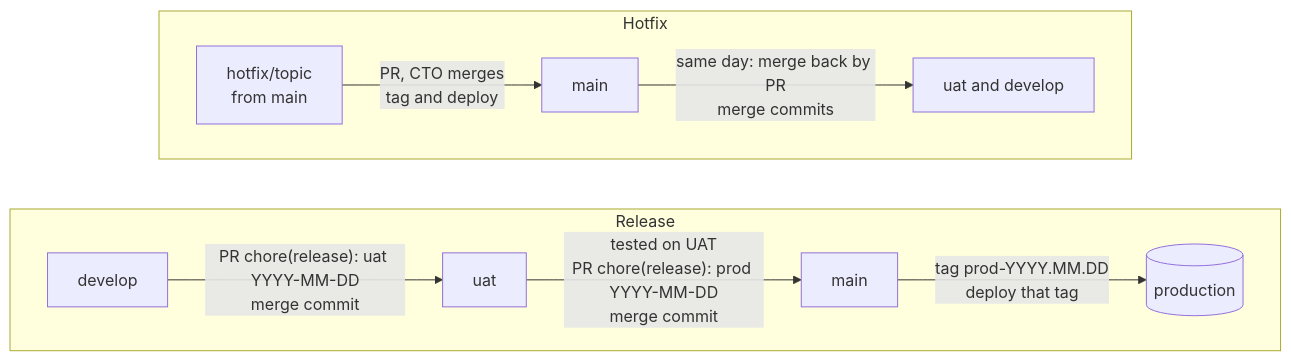
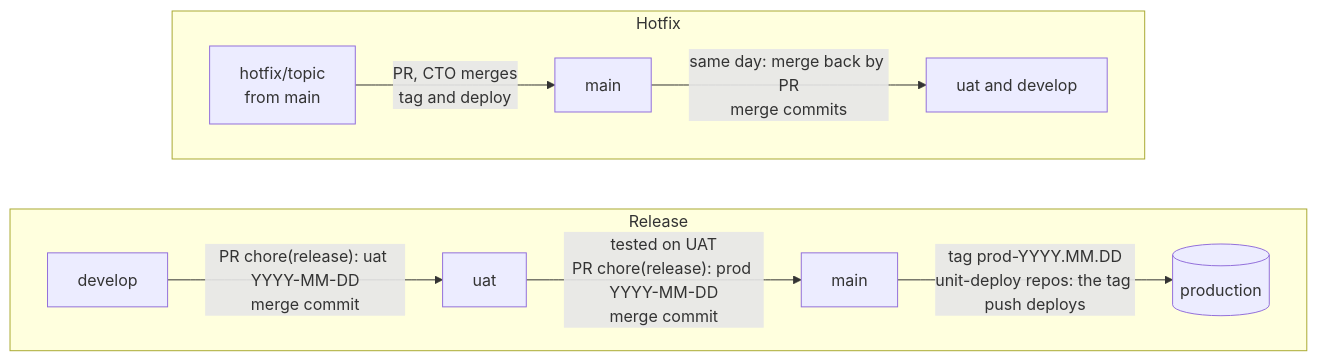
Before and after one commit to Jacob-Valor/paperplane-engineering-workflow-skills: the second of 2 diagrams in README.md, drawn with Mermaid. The commit also changed other lines of this file and 84 other files, not shown here.

````diff
--- a/README.md
+++ b/README.md
@@ -147,14 +150,14 @@
 ```mermaid
 flowchart LR
   subgraph release["Release"]
     direction LR
     D[develop] -->|"PR chore(release): uat YYYY-MM-DD<br/>merge commit"| U[uat]
     U -->|"tested on UAT<br/>PR chore(release): prod YYYY-MM-DD<br/>merge commit"| M[main]
-    M -->|"tag prod-YYYY.MM.DD<br/>deploy that tag"| P[(production)]
+    M -->|"tag prod-YYYY.MM.DD<br/>unit-deploy repos: the tag push deploys"| P[(production)]
   end
   subgraph hotfix["Hotfix"]
     direction LR
     H["hotfix/topic<br/>from main"] -->|"PR, CTO merges<br/>tag and deploy"| HM[main]
     HM -->|"same day: merge back by PR<br/>merge commits"| B["uat and develop"]
   end
 ```
````
